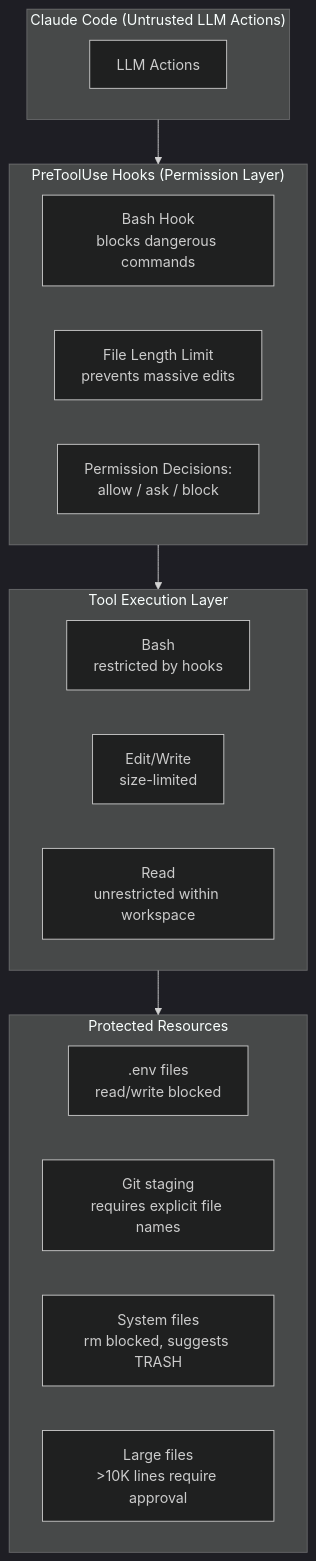
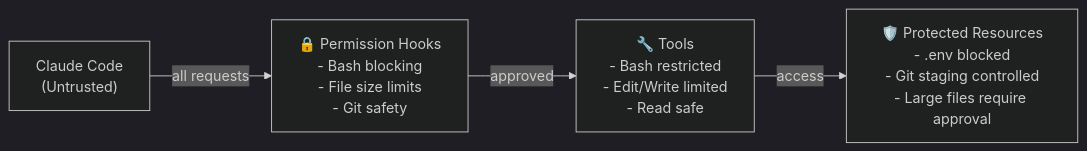
Before and after one commit to Hellblazer/hal-9000: the diagram in SECURITY.md, drawn with Mermaid (dark theme). The commit also changed 3 other files, not shown here.

First line of the commit message:
docs: Fix all mermaid diagrams - remove overlapping and improve clarity

````diff
--- a/SECURITY.md
+++ b/SECURITY.md
@@ -30,29 +30,14 @@
 ```mermaid
-graph TB
-    subgraph LLM["Claude Code (Untrusted LLM Actions)"]
-        Actions[LLM Actions]
-    end
+graph LR
+    LLM["Claude Code<br/>(Untrusted)"]
 
-    subgraph Hooks["PreToolUse Hooks (Permission Layer)"]
-        BashHook[Bash Hook<br/>blocks dangerous commands]
-        FileLimit[File Length Limit<br/>prevents massive edits]
-        Decisions[Permission Decisions:<br/>allow / ask / block]
-    end
+    Hooks["🔒 Permission Hooks<br/>- Bash blocking<br/>- File size limits<br/>- Git safety"]
 
-    subgraph Tools["Tool Execution Layer"]
-        Bash[Bash<br/>restricted by hooks]
-        EditWrite[Edit/Write<br/>size-limited]
-        Read[Read<br/>unrestricted within workspace]
-    end
+    Tools["🔧 Tools<br/>- Bash restricted<br/>- Edit/Write limited<br/>- Read safe"]
 
-    subgraph Protected["Protected Resources"]
-        EnvFiles[.env files<br/>read/write blocked]
-        GitStaging[Git staging<br/>requires explicit file names]
-        SysFiles[System files<br/>rm blocked, suggests TRASH]
-        LargeFiles[Large files<br/>&gt;10K lines require approval]
-    end
+    Protected["🛡️ Protected Resources<br/>- .env blocked<br/>- Git staging controlled<br/>- Large files require approval"]
 
-    LLM --> Hooks
-    Hooks --> Tools
-    Tools --> Protected
+    LLM -->|all requests| Hooks
+    Hooks -->|approved| Tools
+    Tools -->|access| Protected
 ```
````
